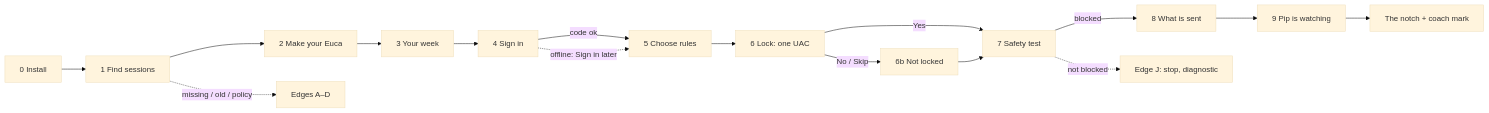
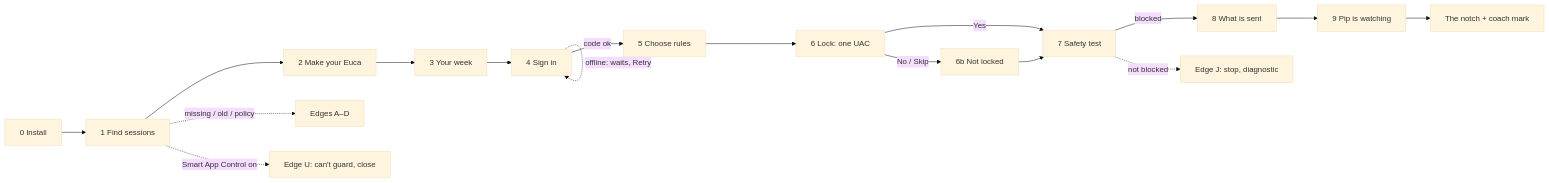
One commit to Majd-Alhakim/bench changed the diagram in docs/design/ux/companion/setup-flow.md. Above: the diagram before and after it, drawn with Mermaid (base theme). The commit also changed other lines of this file and 33 other files, not shown here.

````diff
--- a/docs/design/ux/companion/setup-flow.md
+++ b/docs/design/ux/companion/setup-flow.md
@@ -42,16 +44,17 @@
 ```mermaid
 flowchart LR
   I[0 Install] --> F[1 Find sessions]
   F --> C[2 Make your Euca]
   C --> W[3 Your week]
   W --> A[4 Sign in]
   A -->|code ok| R[5 Choose rules]
-  A -.->|offline: Sign in later| R
+  A -.->|offline: waits, Retry| A
   R --> L[6 Lock: one UAC]
   L -->|Yes| T[7 Safety test]
   L -->|No / Skip| NL[6b Not locked] --> T
   T -->|blocked| S[8 What is sent]
   T -.->|not blocked| J[Edge J: stop, diagnostic]
   S --> D[9 Pip is watching] --> N[The notch + coach mark]
   F -. missing / old / policy .-> E[Edges A–D]
+  F -. Smart App Control on .-> U[Edge U: can't guard, close]
 ```
````
